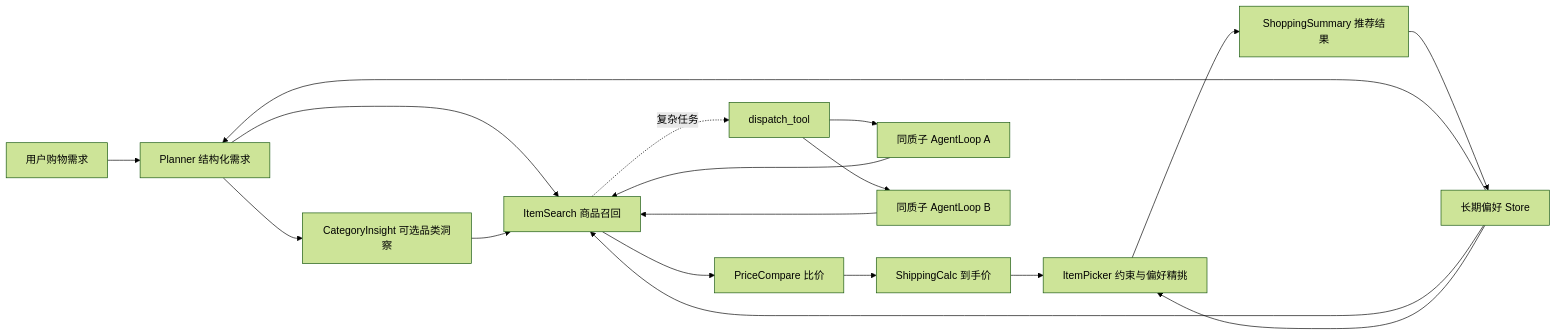
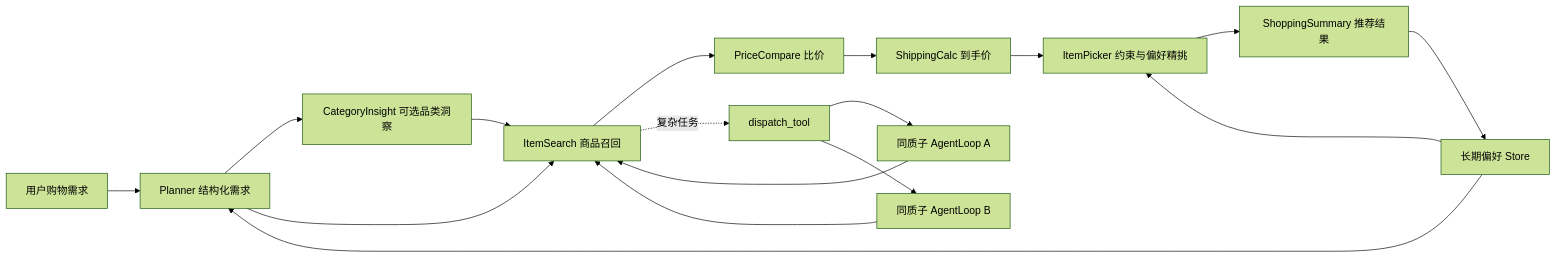
The first of 2 diagrams in ENGINEERING_PLAN.md (boluodaixue/CrossShop), drawn with Mermaid (forest theme) before and after one commit. The commit also changed other lines of this file and 11 other files, not shown here.

````diff
--- a/ENGINEERING_PLAN.md
+++ b/ENGINEERING_PLAN.md
@@ -53,22 +53,21 @@
 ```mermaid
 flowchart LR
     U["用户购物需求"] --> P["Planner 结构化需求"]
     P --> CI["CategoryInsight 可选品类洞察"]
     P --> IS["ItemSearch 商品召回"]
     CI --> IS
     IS --> PC["PriceCompare 比价"]
     PC --> SC["ShippingCalc 到手价"]
     SC --> IP["ItemPicker 约束与偏好精挑"]
     IP --> SS["ShoppingSummary 推荐结果"]
 
     M["长期偏好 Store"] --> P
-    M --> IS
     M --> IP
     SS --> M
 
     IS -. "复杂任务" .-> D["dispatch_tool"]
     D --> S1["同质子 AgentLoop A"]
     D --> S2["同质子 AgentLoop B"]
     S1 --> IS
     S2 --> IS
 ```
````
